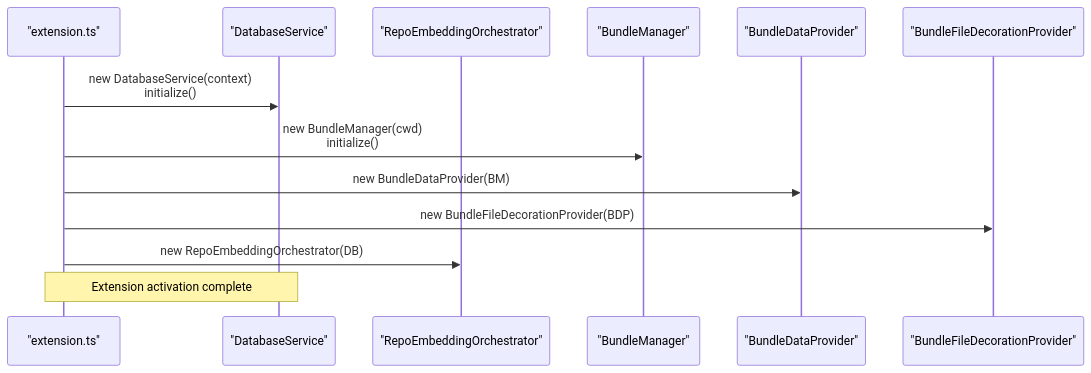
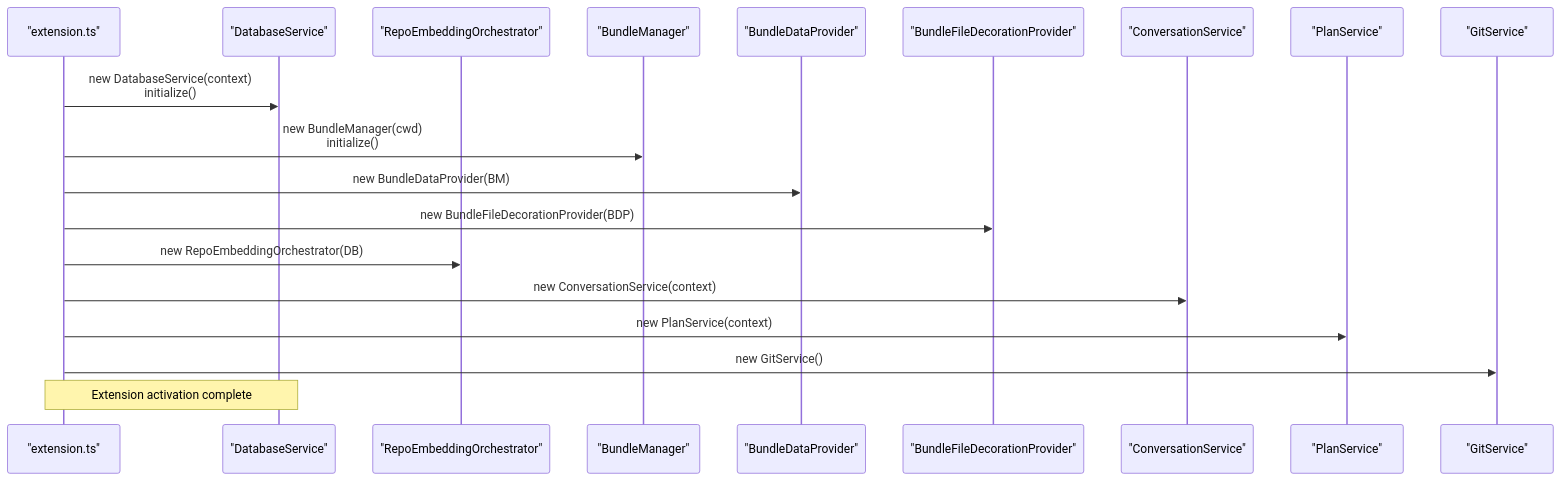
Before and after one commit to bramburn/repomix-runner: the second of 7 diagrams in .qoder/repowiki/en/content/Storage System/Storage System.md, drawn with Mermaid. The commit also changed other lines of this file and 19 other files, not shown here.

````diff
--- a/.qoder/repowiki/en/content/Storage System/Storage System.md
+++ b/.qoder/repowiki/en/content/Storage System/Storage System.md
@@ -94,15 +138,21 @@
 ```mermaid
 sequenceDiagram
 participant Ext as "extension.ts"
 participant DB as "DatabaseService"
 participant RIO as "RepoEmbeddingOrchestrator"
 participant BM as "BundleManager"
 participant BDP as "BundleDataProvider"
 participant BFD as "BundleFileDecorationProvider"
+participant CS as "ConversationService"
+participant PS as "PlanService"
+participant GS as "GitService"
 Ext->>DB : new DatabaseService(context)<br/>initialize()
 Ext->>BM : new BundleManager(cwd)<br/>initialize()
 Ext->>BDP : new BundleDataProvider(BM)
 Ext->>BFD : new BundleFileDecorationProvider(BDP)
 Ext->>RIO : new RepoEmbeddingOrchestrator(DB)
+Ext->>CS : new ConversationService(context)
+Ext->>PS : new PlanService(context)
+Ext->>GS : new GitService()
 Note over Ext,DB : Extension activation complete
 ```
````
